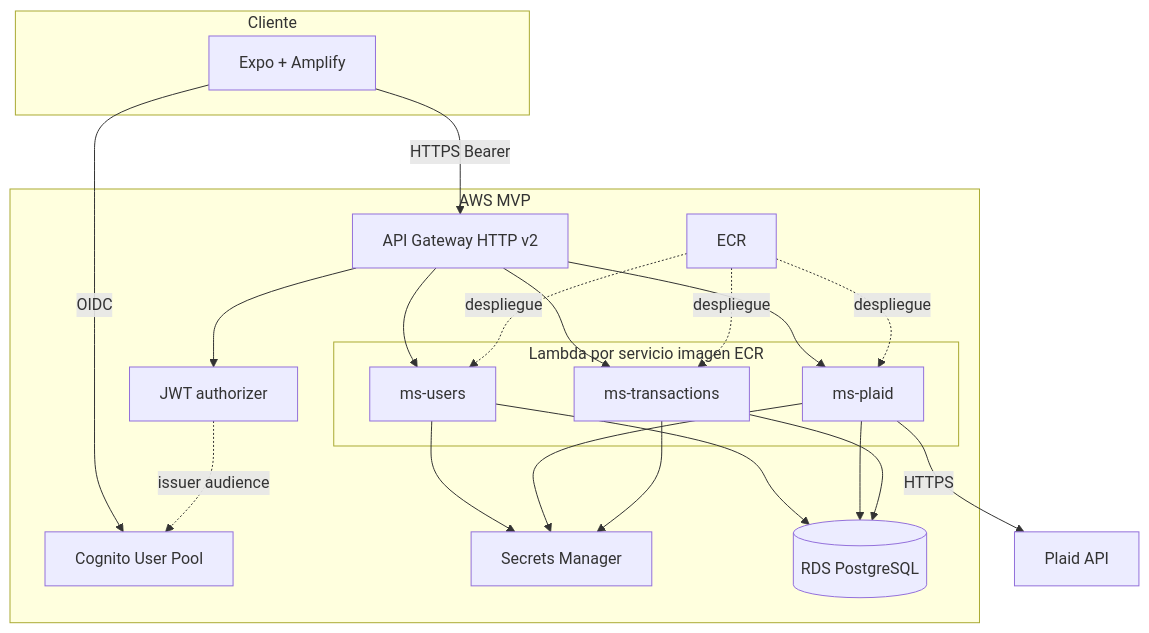
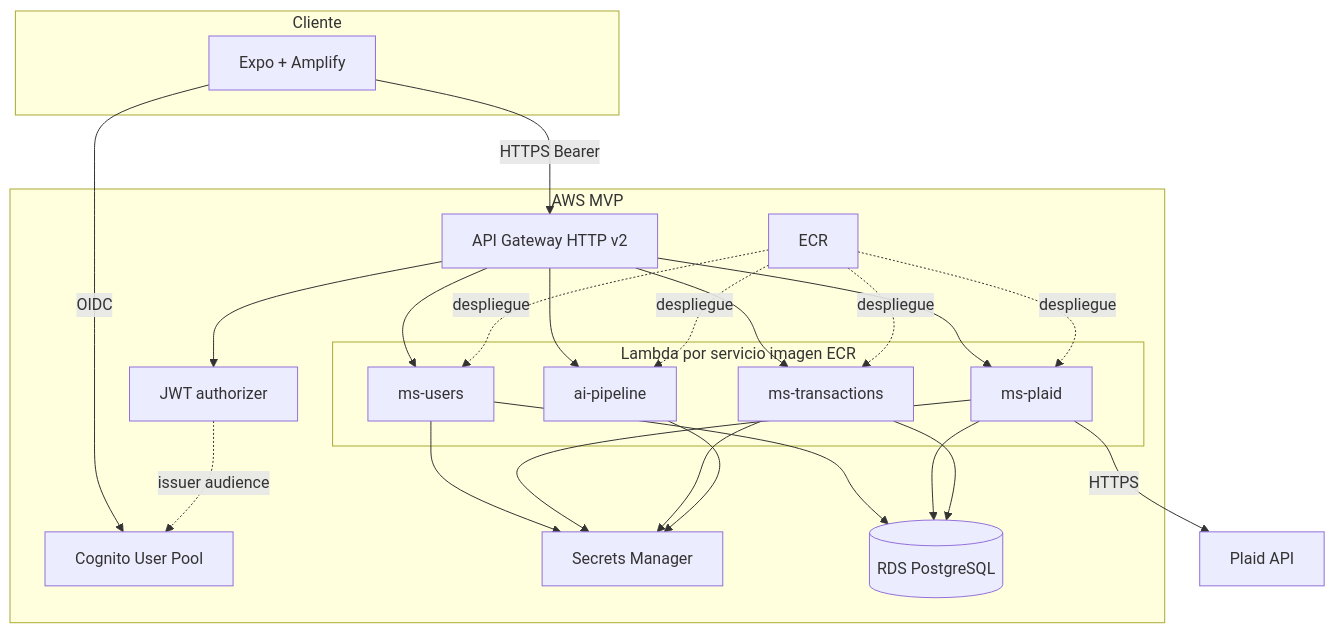
One commit to refactored-team/finexa-ia changed the second of 4 diagrams in README.md. Above: the diagram before and after it, drawn with Mermaid. The commit also changed other lines of this file and 7 other files, not shown here.

````diff
--- a/README.md
+++ b/README.md
@@ -96,37 +96,41 @@
 ```mermaid
 flowchart TB
   subgraph client [Cliente]
     App[Expo + Amplify]
   end
   subgraph aws [AWS MVP]
     COG[Cognito User Pool]
     APIGW[API Gateway HTTP v2]
     JWT[JWT authorizer]
     subgraph lambdas [Lambda por servicio imagen ECR]
       U[ms-users]
       P[ms-plaid]
       T[ms-transactions]
+      A[ai-pipeline]
     end
     SM[Secrets Manager]
     RDS[(RDS PostgreSQL)]
     ECR[ECR]
   end
   Plaid[Plaid API]
   App -->|OIDC| COG
   App -->|HTTPS Bearer| APIGW
   APIGW --> JWT
   JWT -.->|issuer audience| COG
   APIGW --> U
   APIGW --> P
   APIGW --> T
+  APIGW --> A
   ECR -.->|despliegue| U
   ECR -.->|despliegue| P
   ECR -.->|despliegue| T
+  ECR -.->|despliegue| A
   U --> RDS
   P --> RDS
   T --> RDS
   U --> SM
   P --> SM
   T --> SM
+  A --> SM
   P -->|HTTPS| Plaid
 ```
````
